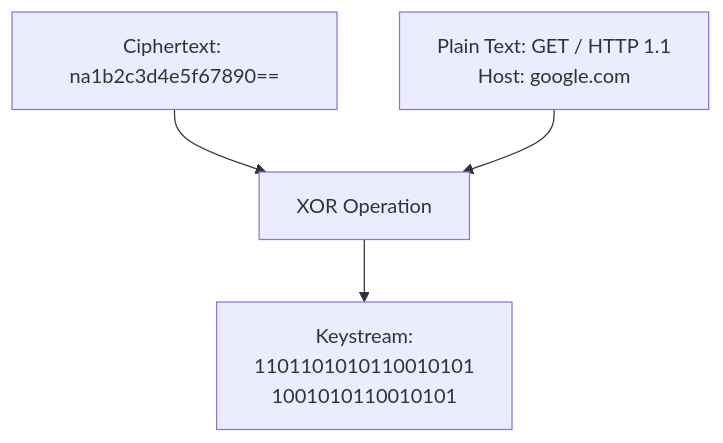
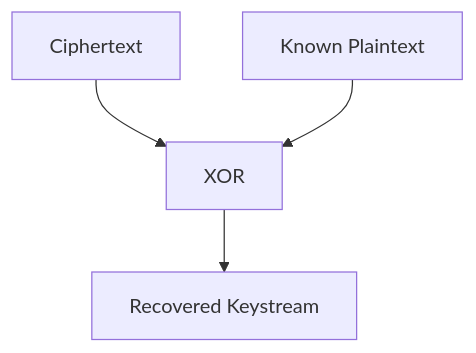
One commit to pullsec/hugo-content changed the second of 3 diagrams in guides/wireless/playing-wireless/index.md. Above: the diagram before and after it, drawn with Mermaid. The commit also changed other lines of this file and 2 other files, not shown here.

````diff
--- a/guides/wireless/playing-wireless/index.md
+++ b/guides/wireless/playing-wireless/index.md
@@ -103,11 +117,11 @@
 ```mermaid
 graph TD
-    Ciphertext["Ciphertext: na1b2c3d4e5f67890=="]
-    PlainText["Plain Text: GET / HTTP 1.1\nHost: google.com"]
-    XOR["XOR Operation"]
-    Keystream["Keystream:<br>1101101010110010101<br>1001010110010101"]
+    Ciphertext["Ciphertext"]
+    PlainText["Known Plaintext"]
+    XOR["XOR"]
+    Keystream["Recovered Keystream"]
 
     Ciphertext --> XOR
     PlainText --> XOR
     XOR --> Keystream
 ```
````
